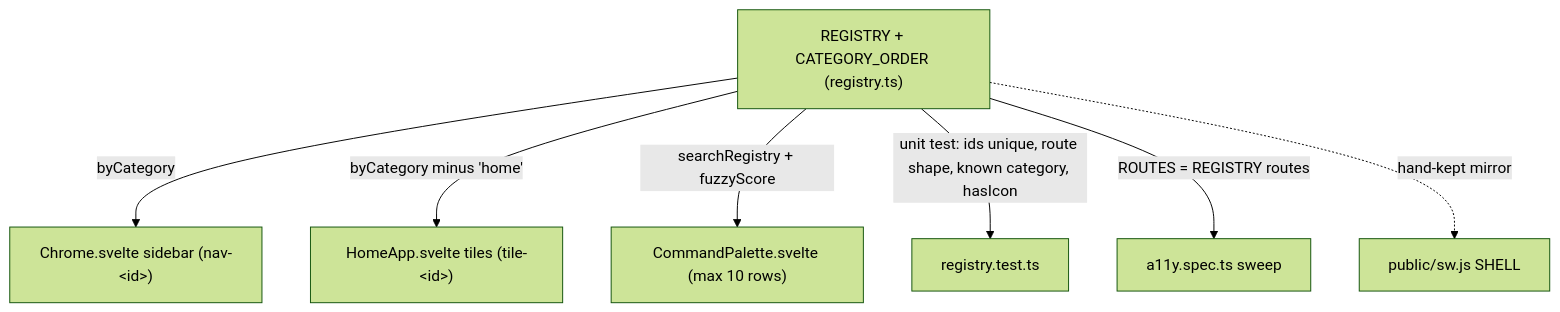
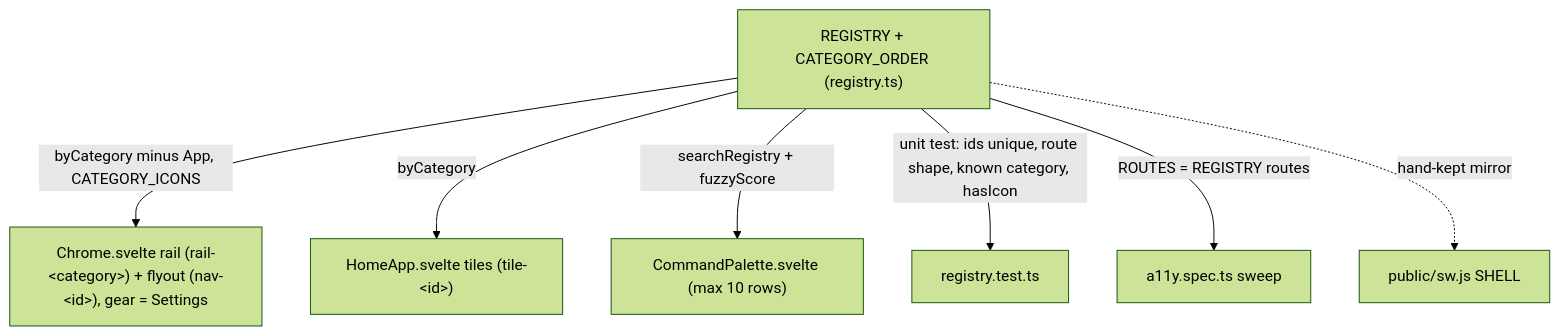
One commit to Kieran-s-Artisnal-Slop-Factory/useful changed the first of 3 diagrams in docs/dev/app-shell-navigation.md. Above: the diagram before and after it, drawn with Mermaid (forest theme). The commit also changed other lines of this file and 23 other files, not shown here.

````diff
--- a/docs/dev/app-shell-navigation.md
+++ b/docs/dev/app-shell-navigation.md
@@ -67,10 +67,10 @@
 ```mermaid
 flowchart TD
   R["REGISTRY + CATEGORY_ORDER (registry.ts)"]
-  R -->|byCategory| S["Chrome.svelte sidebar (nav-&lt;id&gt;)"]
-  R -->|"byCategory minus 'home'"| H["HomeApp.svelte tiles (tile-&lt;id&gt;)"]
+  R -->|"byCategory minus App, CATEGORY_ICONS"| S["Chrome.svelte rail (rail-&lt;category&gt;) + flyout (nav-&lt;id&gt;), gear = Settings"]
+  R -->|byCategory| H["HomeApp.svelte tiles (tile-&lt;id&gt;)"]
   R -->|"searchRegistry + fuzzyScore"| P["CommandPalette.svelte (max 10 rows)"]
   R -->|"unit test: ids unique, route shape, known category, hasIcon"| U["registry.test.ts"]
   R -->|"ROUTES = REGISTRY routes"| A["a11y.spec.ts sweep"]
   R -.->|"hand-kept mirror"| W["public/sw.js SHELL"]
 ```
````
